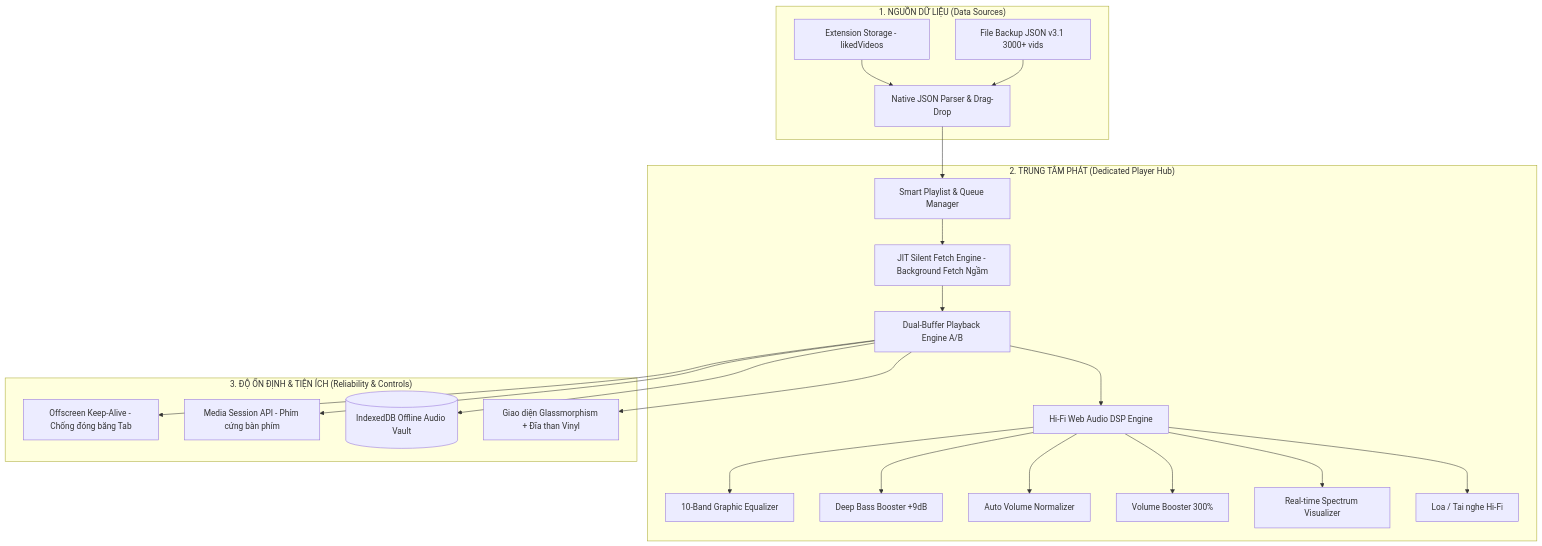
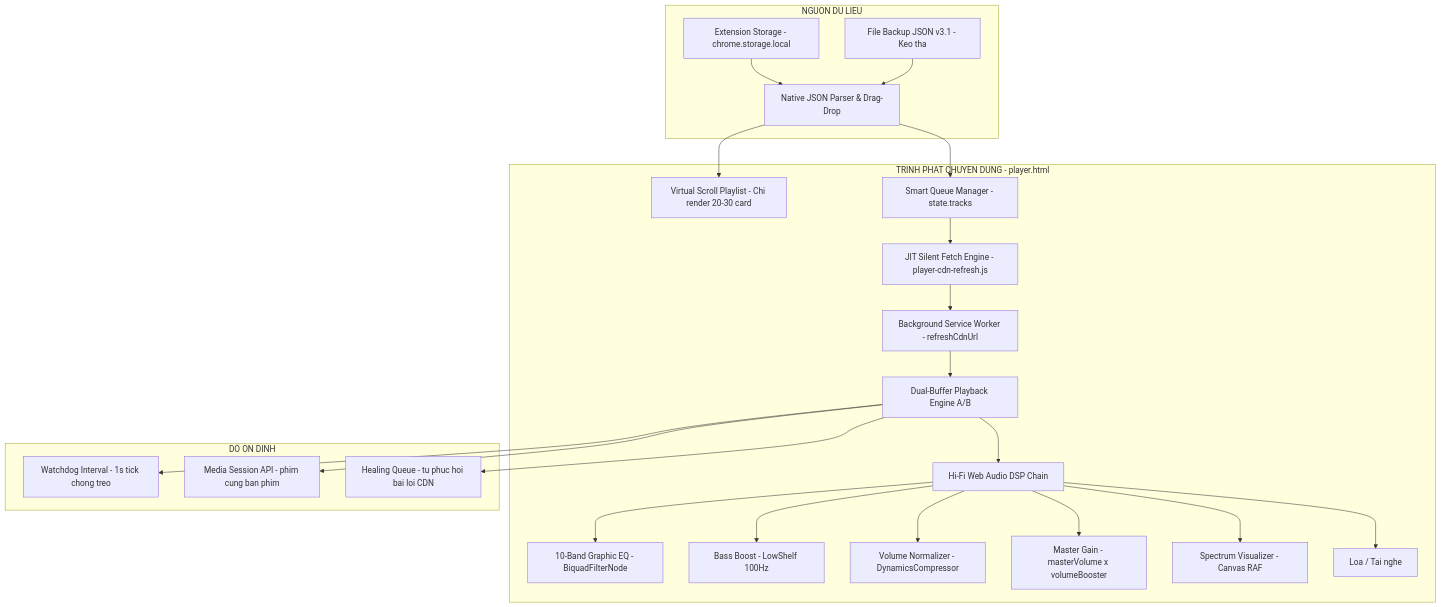
Before and after one commit to Ducinviciable/TikTok-Random-Video: the diagram in docs/Process-Dedicated-Player.md, drawn with Mermaid. The commit also changed other lines of this file and 14 other files, not shown here.

Commit message:
feat(phase 3,5 in sound): Pure Direct and Volume Booster mode, display source

````diff
--- a/docs/Process-Dedicated-Player.md
+++ b/docs/Process-Dedicated-Player.md
@@ -12,29 +11,31 @@
 ```mermaid
 graph TD
-    subgraph "1. NGUỒN DỮ LIỆU (Data Sources)"
-        A1[Extension Storage - likedVideos] --> P[Native JSON Parser & Drag-Drop]
-        A2[File Backup JSON v3.1 3000+ vids] --> P
+    subgraph "NGUON DU LIEU"
+        A1[Extension Storage - chrome.storage.local]
+        A2[File Backup JSON v3.1 - Keo tha]
+        A1 --> P
+        A2 --> P
     end
 
-    subgraph "2. TRUNG TÂM PHÁT (Dedicated Player Hub)"
-        P --> QM[Smart Playlist & Queue Manager]
-        QM --> JIT[JIT Silent Fetch Engine - Background Fetch Ngầm]
-        JIT --> PB[Dual-Buffer Playback Engine A/B]
-        PB --> DSP[Hi-Fi Web Audio DSP Engine]
-        
-        DSP --> E1[10-Band Graphic Equalizer]
-        DSP --> E2[Deep Bass Booster +9dB]
-        DSP --> E3[Auto Volume Normalizer]
-        DSP --> E4[Volume Booster 300%]
-        
-        DSP --> V[Real-time Spectrum Visualizer]
-        DSP --> SP[Loa / Tai nghe Hi-Fi]
+    subgraph "TRINH PHAT CHUYEN DUNG - player.html"
+        P[Native JSON Parser & Drag-Drop] --> VS[Virtual Scroll Playlist - Chi render 20-30 card]
+        P --> QM[Smart Queue Manager - state.tracks]
+        QM --> JIT[JIT Silent Fetch Engine - player-cdn-refresh.js]
+        JIT --> BG[Background Service Worker - refreshCdnUrl]
+        BG --> PB[Dual-Buffer Playback Engine A/B]
+        PB --> DSP[Hi-Fi Web Audio DSP Chain]
+
+        DSP --> E1[10-Band Graphic EQ - BiquadFilterNode]
+        DSP --> E2[Bass Boost - LowShelf 100Hz]
+        DSP --> E3[Volume Normalizer - DynamicsCompressor]
+        DSP --> E4[Master Gain - masterVolume x volumeBooster]
+        DSP --> VIZ[Spectrum Visualizer - Canvas RAF]
+        DSP --> OUT[Loa / Tai nghe]
     end
 
-    subgraph "3. ĐỘ ỔN ĐỊNH & TIỆN ÍCH (Reliability & Controls)"
-        PB --> KA[Offscreen Keep-Alive - Chống đóng băng Tab]
-        PB --> MS[Media Session API - Phím cứng bàn phím]
-        PB --> DB[(IndexedDB Offline Audio Vault)]
-        PB --> UI[Giao diện Glassmorphism + Đĩa than Vinyl]
+    subgraph "DO ON DINH"
+        PB --> WD[Watchdog Interval - 1s tick chong treo]
+        PB --> MS[Media Session API - phim cung ban phim]
+        PB --> HQ[Healing Queue - tu phuc hoi bai loi CDN]
     end
 ```
````
